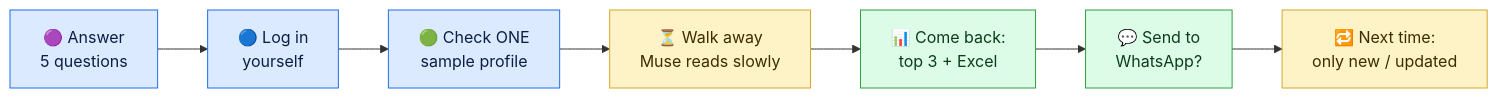
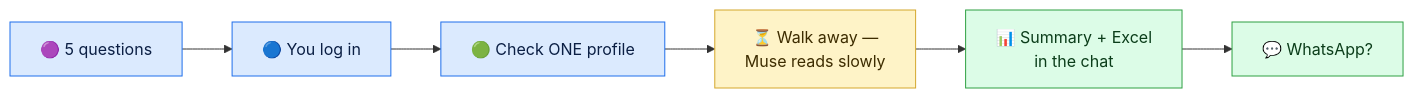
One commit to MakeLifesBetter/MatrimonyMatchScoutAIAgent changed the diagram in README.md. Above: the diagram before and after it, drawn with Mermaid. The commit also changed other lines of this file and 3 other files, not shown here.

````diff
--- a/README.md
+++ b/README.md
@@ -129,12 +96,11 @@
 ```mermaid
 flowchart LR
-    A["🟣 Answer<br/>5 questions"]:::you --> B["🔵 Log in<br/>yourself"]:::you
-    B --> C["🟢 Check ONE<br/>sample profile"]:::you
-    C --> D["⏳ Walk away<br/>Muse reads slowly"]:::muse
-    D --> E["📊 Come back:<br/>top 3 + Excel"]:::result
-    E --> F["💬 Send to<br/>WhatsApp?"]:::result
-    F --> G["🔁 Next time:<br/>only new / updated"]:::muse
+    A["🟣 5 questions"]:::you --> B["🔵 You log in"]:::you
+    B --> C["🟢 Check ONE profile"]:::you
+    C --> D["⏳ Walk away —<br/>Muse reads slowly"]:::muse
+    D --> E["📊 Summary + Excel<br/>in the chat"]:::result
+    E --> F["💬 WhatsApp?"]:::result
     classDef you fill:#dbeafe,stroke:#1f6feb,color:#0b1f44
     classDef muse fill:#fef3c7,stroke:#d4a72c,color:#3d2c00
     classDef result fill:#dcfce7,stroke:#2ea043,color:#0b3d1a
 ```
````
